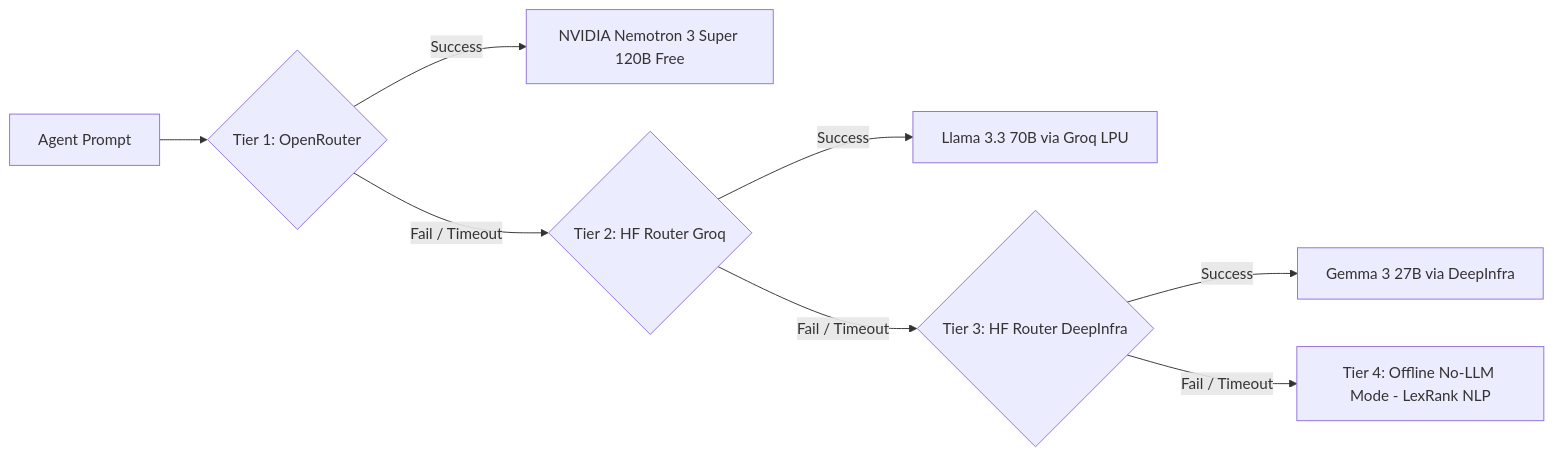
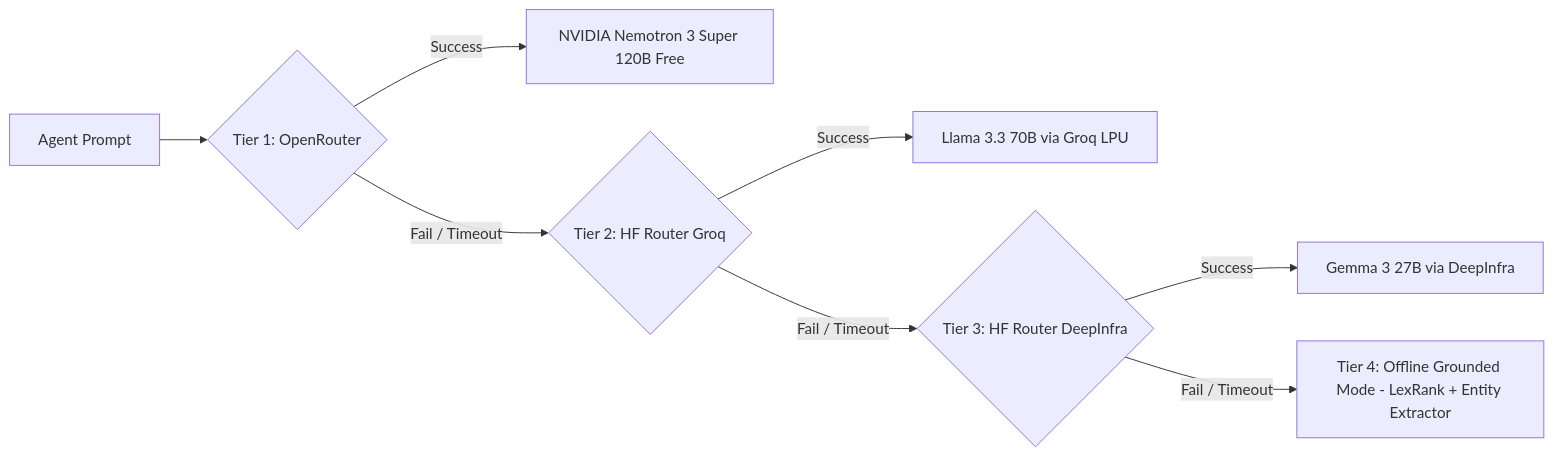
Before and after one commit to Nawaz-khan-droid/cawncade-ai: the fifth of 6 diagrams in docs/ARCHITECTURE.md, drawn with Mermaid. The commit also changed other lines of this file and 3 other files, not shown here.

````diff
--- a/docs/ARCHITECTURE.md
+++ b/docs/ARCHITECTURE.md
@@ -316,10 +350,10 @@
 ```mermaid
 flowchart LR
     Request[Agent Prompt] --> Tier1{Tier 1: OpenRouter}
     Tier1 -->|Success| Nemotron[NVIDIA Nemotron 3 Super 120B Free]
     Tier1 -->|Fail / Timeout| Tier2{Tier 2: HF Router Groq}
     Tier2 -->|Success| GroqLlama[Llama 3.3 70B via Groq LPU]
     Tier2 -->|Fail / Timeout| Tier3{Tier 3: HF Router DeepInfra}
     Tier3 -->|Success| Gemma27B[Gemma 3 27B via DeepInfra]
-    Tier3 -->|Fail / Timeout| Tier4[Tier 4: Offline No-LLM Mode - LexRank NLP]
+    Tier3 -->|Fail / Timeout| Tier4[Tier 4: Offline Grounded Mode - LexRank + Entity Extractor]
 ```
````
